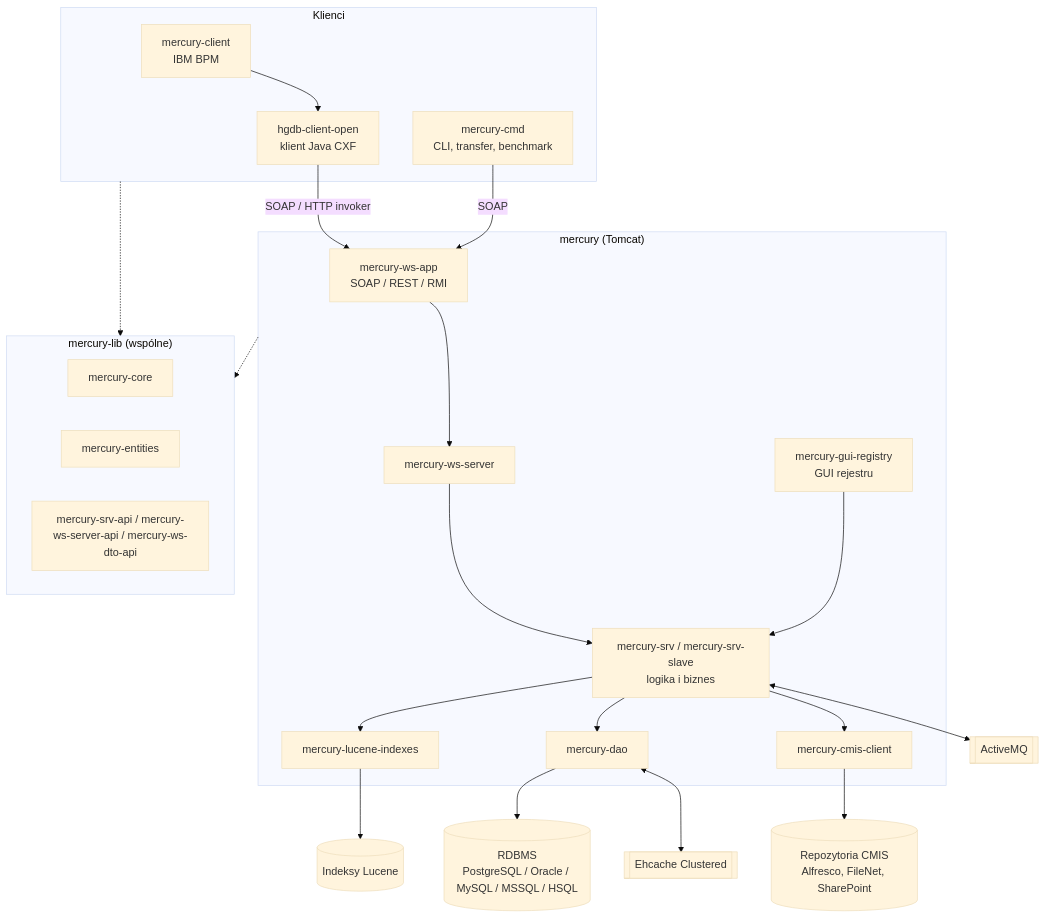
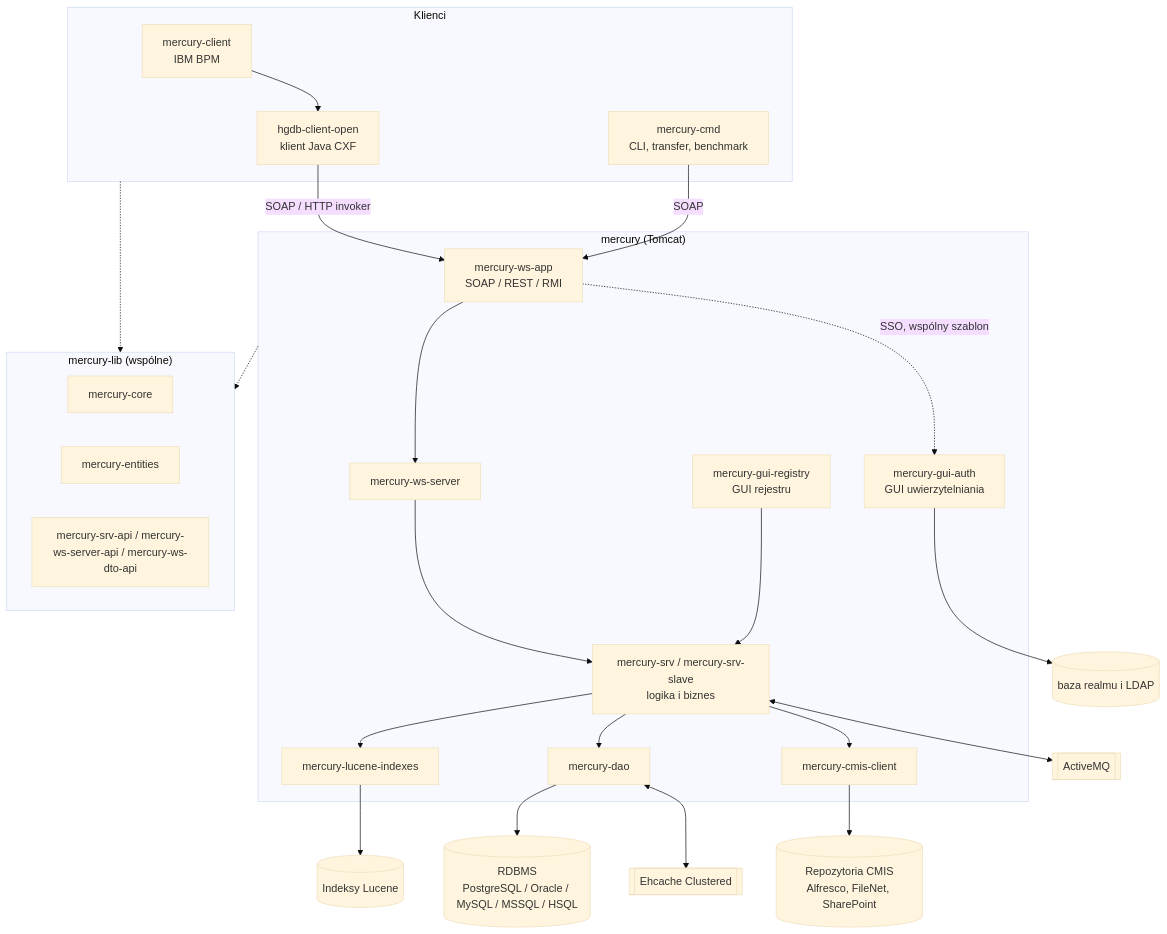
Before and after one commit to slawascichy/mercury-intelliJ-workspace: the diagram in docs/architektura.md, drawn with Mermaid (base theme). The commit also changed other lines of this file and 5 other files, not shown here.

First line of the commit message:
#96 GUI do zarządzania danymi uwierzytelniania i autoryzacji

````diff
--- a/docs/architektura.md
+++ b/docs/architektura.md
@@ -5,40 +5,43 @@
 ```mermaid
 flowchart TB
     subgraph Klienci
         BPM[mercury-client<br/>IBM BPM]
         OPEN[hgdb-client-open<br/>klient Java CXF]
         CMD[mercury-cmd<br/>CLI, transfer, benchmark]
     end
     subgraph Serwer["mercury (Tomcat)"]
         APP[mercury-ws-app<br/>SOAP / REST / RMI]
         GUI[mercury-gui-registry<br/>GUI rejestru]
+        AUTH[mercury-gui-auth<br/>GUI uwierzytelniania]
         WS[mercury-ws-server]
         SRV[mercury-srv / mercury-srv-slave<br/>logika i biznes]
         LUC[mercury-lucene-indexes]
         DAO[mercury-dao]
         CMIS[mercury-cmis-client]
     end
     subgraph Lib["mercury-lib (wspólne)"]
         CORE[mercury-core]
         ENT[mercury-entities]
         API[mercury-srv-api / mercury-ws-server-api / mercury-ws-dto-api]
     end
     DB[(RDBMS<br/>PostgreSQL / Oracle / MySQL / MSSQL / HSQL)]
     IDX[(Indeksy Lucene)]
     MQ[[ActiveMQ]]
     CACHE[[Ehcache Clustered]]
     ECM[(Repozytoria CMIS<br/>Alfresco, FileNet, SharePoint)]
 
     BPM --> OPEN
     OPEN -->|SOAP / HTTP invoker| APP
     CMD -->|SOAP| APP
     APP --> WS --> SRV
     GUI --> SRV
+    AUTH --> REALM[(baza realmu i LDAP)]
+    APP -.->|SSO, wspólny szablon| AUTH
     SRV --> LUC --> IDX
     SRV --> DAO --> DB
     SRV --> CMIS --> ECM
     SRV <--> MQ
     DAO <--> CACHE
     Serwer -.-> Lib
     Klienci -.-> Lib
 ```
````
